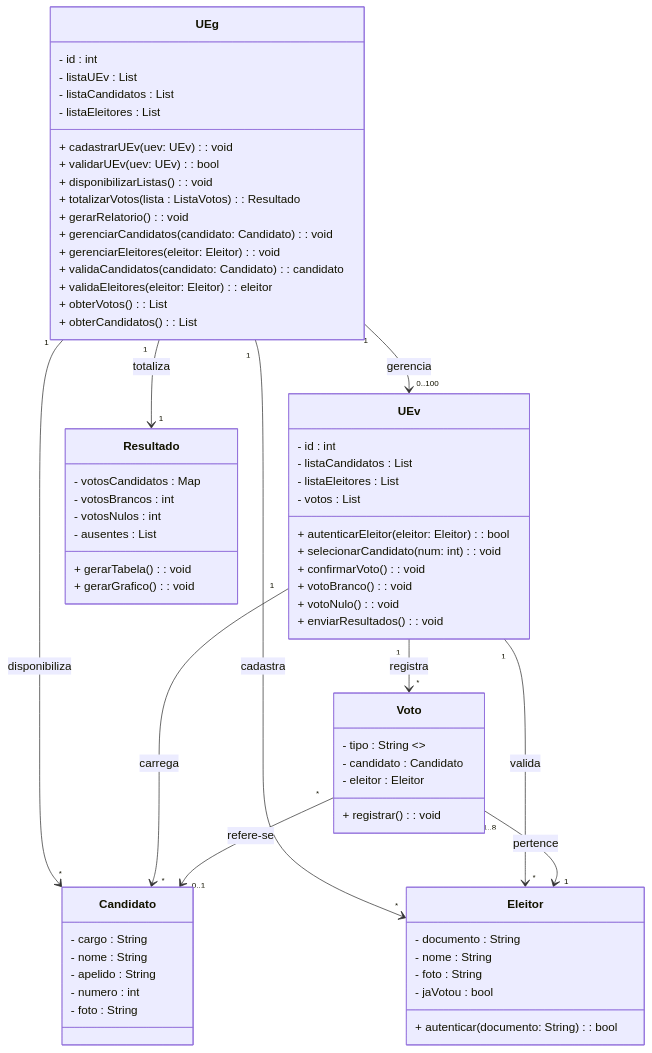
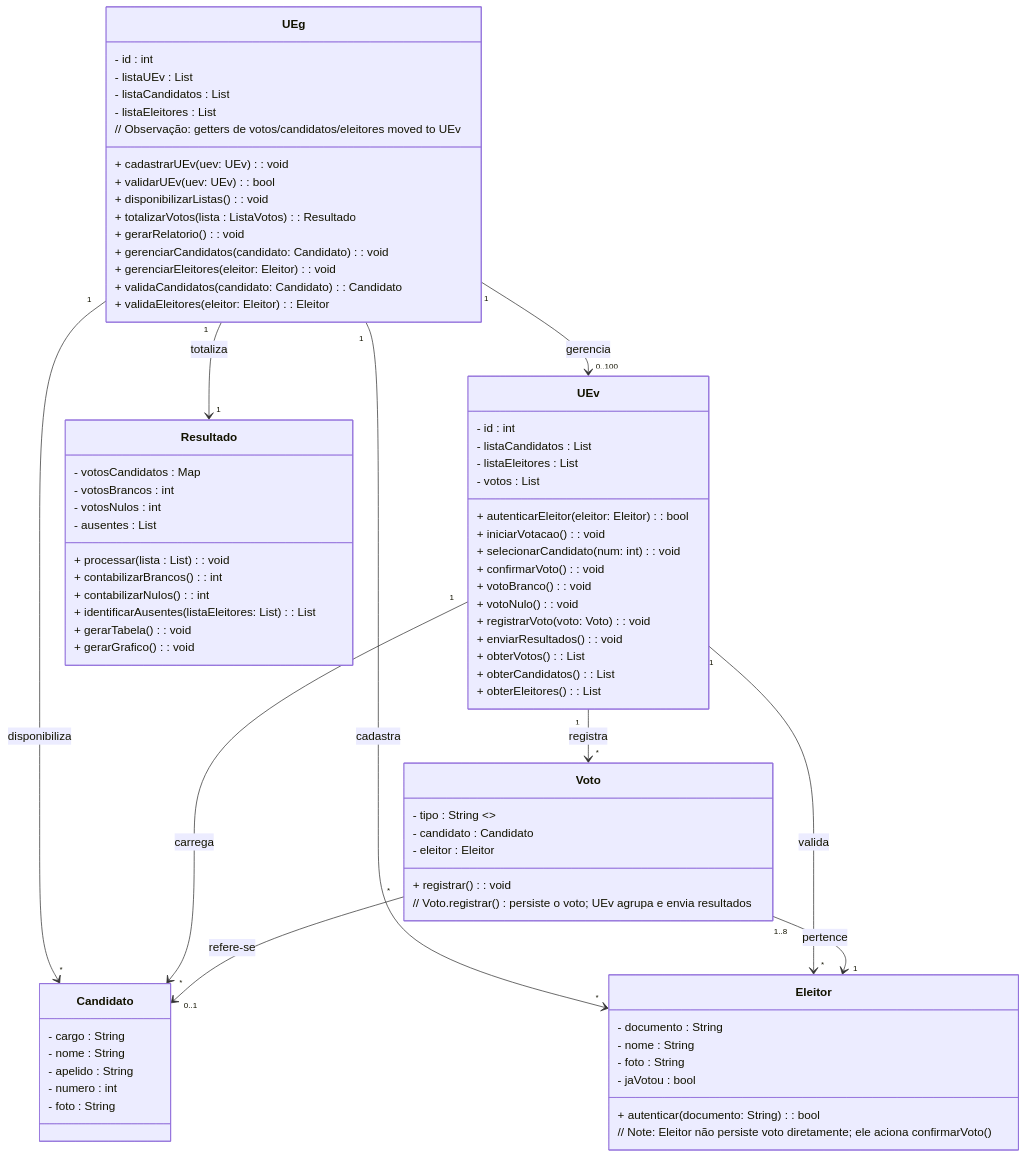
One commit to HG0304/CC6522-MODELAGEM-DE-SOFTWARE-ORIENTADO-A-OBJETOS changed the diagram in diagrama_classes_urna_eletronica.md. Above: the diagram before and after it, drawn with Mermaid. The commit also changed other lines of this file and 1 other file, not shown here.

Commit message:
correções de inconsistencias

```diff
--- a/diagrama_classes_urna_eletronica.md
+++ b/diagrama_classes_urna_eletronica.md
@@ -18,10 +18,9 @@
         + gerarRelatorio() : void
         + gerenciarCandidatos(candidato: Candidato) : void
         + gerenciarEleitores(eleitor: Eleitor) : void
-        + validaCandidatos(candidato: Candidato) : candidato
-        + validaEleitores(eleitor: Eleitor) : eleitor
-        + obterVotos() : List
-        + obterCandidatos() : List
+        + validaCandidatos(candidato: Candidato) : Candidato
+        + validaEleitores(eleitor: Eleitor) : Eleitor
+        // Observação: getters de votos/candidatos/eleitores moved to UEv
     }
 
     class UEv {
@@ -30,11 +29,16 @@
         - listaEleitores : List<Eleitor>
         - votos : List<Voto>
         + autenticarEleitor(eleitor: Eleitor) : bool
+        + iniciarVotacao() : void
         + selecionarCandidato(num: int) : void
         + confirmarVoto() : void
         + votoBranco() : void
         + votoNulo() : void
+        + registrarVoto(voto: Voto) : void
         + enviarResultados() : void
+        + obterVotos() : List<Voto>
+        + obterCandidatos() : List<Candidato>
+        + obterEleitores() : List<Eleitor>
     }
 
     class Eleitor {
@@ -43,6 +47,7 @@
         - foto : String
         - jaVotou : bool
         + autenticar(documento: String) : bool
+        // Note: Eleitor não persiste voto diretamente; ele aciona confirmarVoto()
     }
 
     class Candidato {
@@ -58,6 +63,7 @@
         - candidato : Candidato
         - eleitor : Eleitor
         + registrar() : void
+        // Voto.registrar() persiste o voto; UEv agrupa e envia resultados
     }
 
     class Resultado {
@@ -65,6 +71,10 @@
         - votosBrancos : int
         - votosNulos : int
         - ausentes : List<Eleitor>
+        + processar(lista : List<Voto>) : void
+        + contabilizarBrancos() : int
+        + contabilizarNulos() : int
+        + identificarAusentes(listaEleitores: List<Eleitor>) : List<Eleitor>
         + gerarTabela() : void
         + gerarGrafico() : void
     }
```
